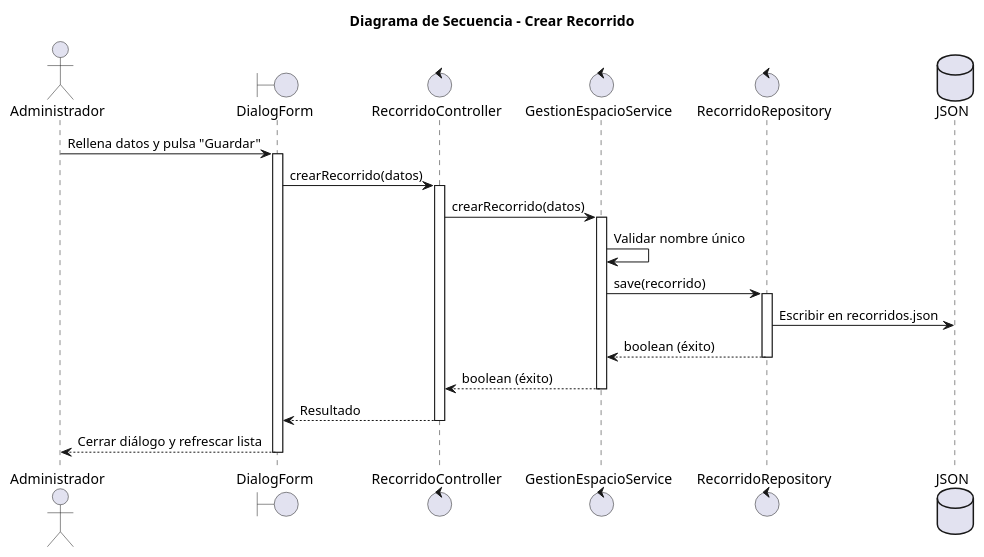
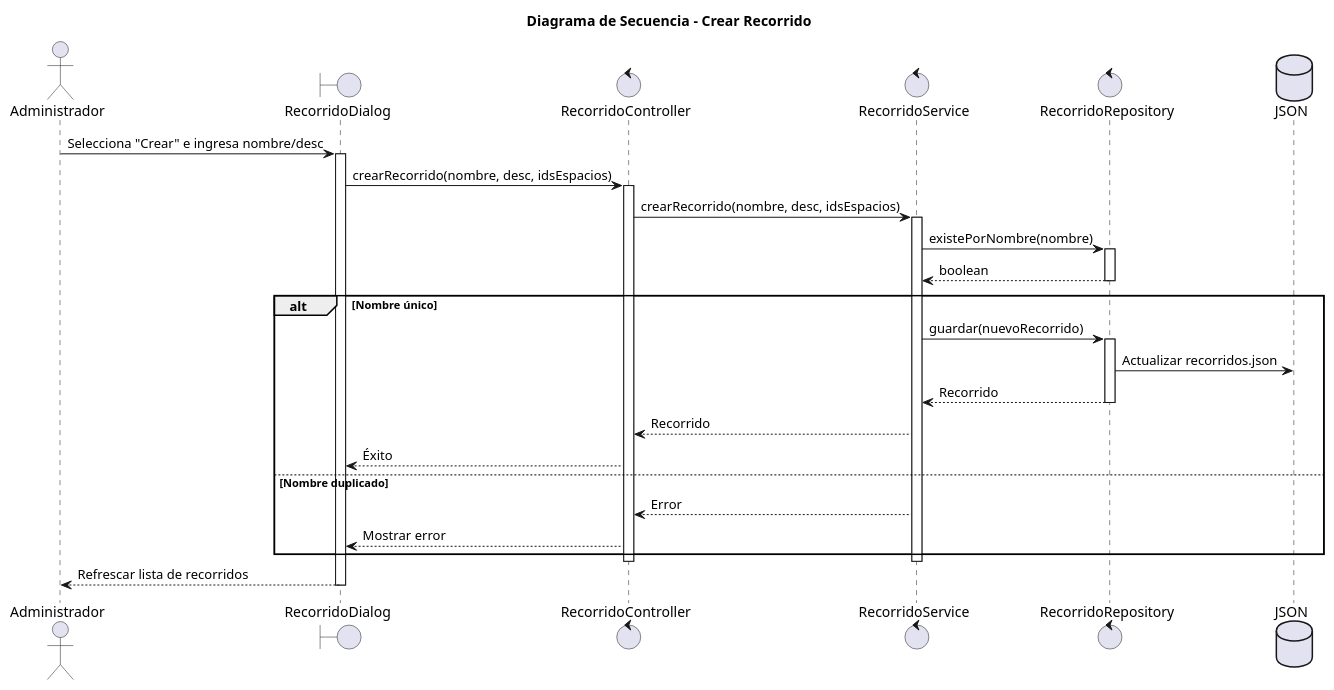
The diagram in modelosUML/02-diseño/00-Administrador/crearRecorrido/secuencia.puml (mmasias/25-26-idsw2-sdVC), drawn with PlantUML before and after one commit. The commit also changed 36 other files, not shown here.

Commit message:
refactor(uml):update design diagrams and specs with new functions

```diff
--- a/modelosUML/02-diseño/00-Administrador/crearRecorrido/secuencia.puml
+++ b/modelosUML/02-diseño/00-Administrador/crearRecorrido/secuencia.puml
@@ -1,30 +1,40 @@
 @startuml
 title "Diagrama de Secuencia - Crear Recorrido"
 
 actor "Administrador" as admin
-boundary "DialogForm" as view
+boundary "RecorridoDialog" as view
 control "RecorridoController" as controller
-control "GestionEspacioService" as service
+control "RecorridoService" as service
 control "RecorridoRepository" as repository
 database "JSON" as db
 
-admin -> view: Rellena datos y pulsa "Guardar"
+admin -> view: Selecciona "Crear" e ingresa nombre/desc
 activate view
-view -> controller: crearRecorrido(datos)
+view -> controller: crearRecorrido(nombre, desc, idsEspacios)
 activate controller
-controller -> service: crearRecorrido(datos)
+controller -> service: crearRecorrido(nombre, desc, idsEspacios)
 activate service
-service -> service: Validar nombre único
-service -> repository: save(recorrido)
+service -> repository: existePorNombre(nombre)
 activate repository
-repository -> db: Escribir en recorridos.json
-repository --> service: boolean (éxito)
+repository --> service: boolean
 deactivate repository
-service --> controller: boolean (éxito)
+
+alt Nombre único
+    service -> repository: guardar(nuevoRecorrido)
+    activate repository
+    repository -> db: Actualizar recorridos.json
+    repository --> service: Recorrido
+    deactivate repository
+    service --> controller: Recorrido
+    controller --> view: Éxito
+else Nombre duplicado
+    service --> controller: Error
+    controller --> view: Mostrar error
+end
+
 deactivate service
-controller --> view: Resultado
 deactivate controller
-view --> admin: Cerrar diálogo y refrescar lista
+view --> admin: Refrescar lista de recorridos
 deactivate view
 
 @enduml
```
